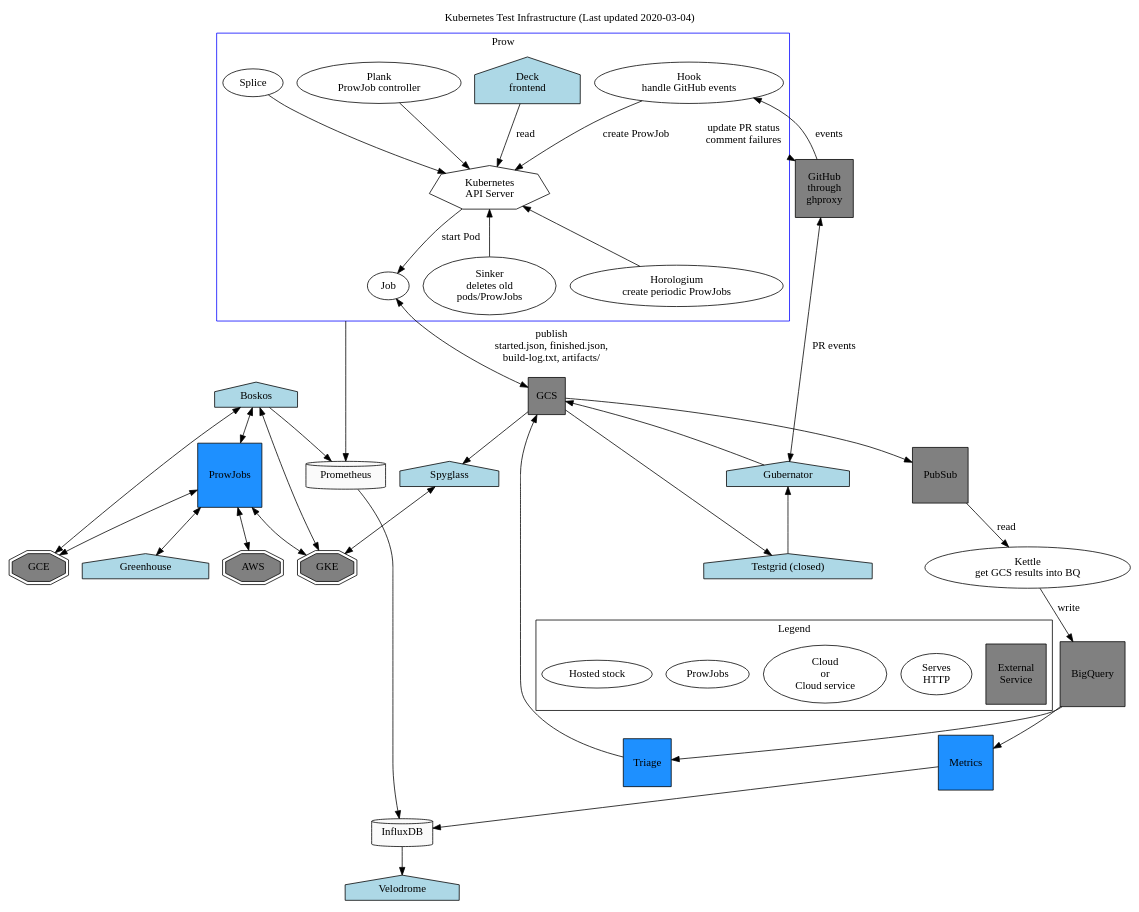
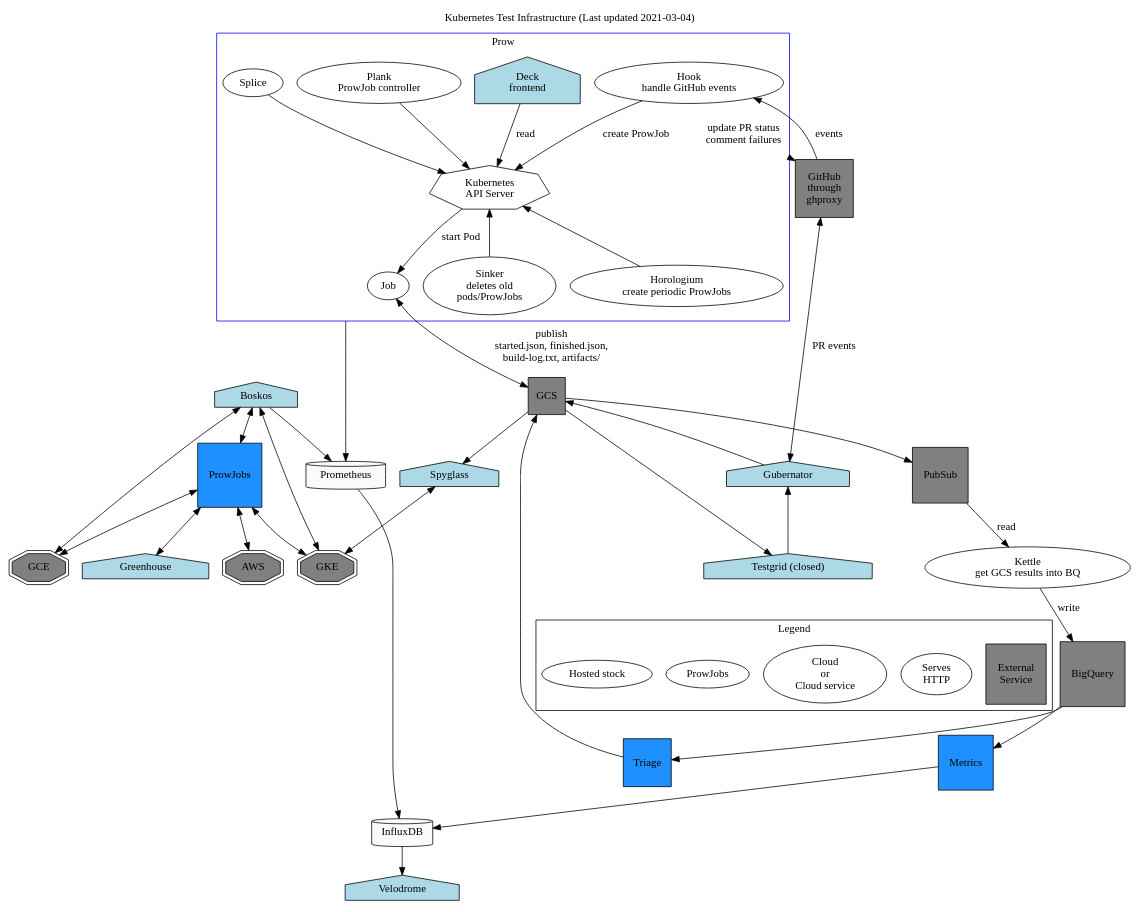
The diagram in docs/architecture.dot (kubernetes/test-infra), drawn with Graphviz before and after one commit.

Commit message:
Nit: correct the date of test-infra architecture to 2021

```diff
--- a/docs/architecture.dot
+++ b/docs/architecture.dot
@@ -1,98 +1,98 @@
 # Update SVG with this command:
 # dot architecture.dot -Tsvg -oarchitecture.svg
 
 digraph G {
-	label="Kubernetes Test Infrastructure (Last updated 2020-03-04)"  # UPDATE WHEN CHANGED!
+	label="Kubernetes Test Infrastructure (Last updated 2021-03-04)"  # UPDATE WHEN CHANGED!
     labelloc="t"
     graph[compound=true]
 
 	# external services
 	legend_ext, GCS, PubSub, "GitHub\nthrough\nghproxy", BigQuery [style=filled, fillcolor=gray, shape=square]
 
 	# things that host websites
 	legend_site Spyglass, Deck, "Testgrid (closed)", Gubernator, Velodrome, Boskos, Greenhouse [shape=house, fillcolor=lightblue, style=filled]
 
     legend_cloud GCE, GKE, AWS [shape=doubleoctagon, fillcolor=gray, style=filled]
 
     legend_prowjob Metrics, Triage, ProwJobs [shape=square, fillcolor=dodgerblue1, style=filled]
 
     legend_stock InfluxDB, Prometheus [shape=cylinder, fillcolor=gray98, style=filled]
 
 	# handy links!
 	Triage [href="https://go.k8s.io/triage"]
 	Gubernator [href="https://gubernator.k8s.io"]
 	"Testgrid (closed)" [href="https://testgrid.k8s.io"]
 	Deck [href="https://prow.k8s.io"]
 	BigQuery [href="https://bigquery.cloud.google.com/table/k8s-gubernator:build.week"]
 
 	subgraph cluster_Prow {
 		label="Prow"
 		color=blue
 		Hook [label="Hook\nhandle GitHub events"]
 		Deck [label="Deck\nfrontend"]
 		Plank [label="Plank\nProwJob controller"]
 		Sinker [label="Sinker\ndeletes old\npods/ProwJobs"]
 		Horologium [label="Horologium\ncreate periodic ProwJobs"]
 		Job
 		ApiServer [label="Kubernetes\nAPI Server" shape=septagon]
 	}
 
 	subgraph cluster_legend {
 		label="Legend"
 		rank=sink
 		legend_ext [label="External\nService"]
 		legend_site [label="Serves\nHTTP"]
 		legend_cloud [label="Cloud\nor\nCloud service"]
         legend_prowjob [label="ProwJobs"]
         legend_stock [label="Hosted stock"]
 	}
 
 	# CONNECTIONS START HERE:
 	# graphviz's dot rendering engine generally tries to lay things out
 	# top to bottom, following edges. dir="back" is an orientation hint
 	# to the layout engine, to try to keep hierarchy in a sensible order.
 	# hack to get legend near the bottom
 	"Testgrid (closed)" -> legend_ext [style="invis"]
 
 	Kettle [label="Kettle\nget GCS results into BQ"]
 
 	"GitHub\nthrough\nghproxy" -> Gubernator [label="PR events", dir="both"]
 	"GitHub\nthrough\nghproxy" -> Hook [label="events"]
 	GCS -> Gubernator [dir="back"]
 	Gubernator -> "Testgrid (closed)" [dir="back"]
 	Job -> GCS [label="publish\nstarted.json, finished.json,\nbuild-log.txt, artifacts/", dir="both"]
 
 	Plank -> "GitHub\nthrough\nghproxy" [label="update PR status\ncomment failures", ltail="cluster_Prow"]
 
 	subgraph cluster_Prow {
 		Plank -> ApiServer
 		Splice -> ApiServer
 		Deck -> ApiServer [label="read"]
 		Hook -> ApiServer [label="create ProwJob"]
 		ApiServer -> Job [label="start Pod"]
 		ApiServer -> Sinker [dir="back"]
 		ApiServer -> Horologium [dir="back"]
 	}
 
 	GCS -> PubSub
 	PubSub -> Kettle [label="read"]
 	Kettle -> BigQuery [label="write"]
     BigQuery -> Triage
     BigQuery -> Metrics
 	GCS -> Triage [dir="back"]
 	GCS -> "Testgrid (closed)"
     GCS -> Spyglass
     Spyglass -> GKE [dir="both"]
     Metrics -> InfluxDB
     Prometheus -> InfluxDB
     InfluxDB -> Velodrome
     Plank -> Prometheus [ltail="cluster_Prow"]
     Boskos -> Prometheus
     Boskos -> ProwJobs [dir="both"]
     Boskos -> GCE [dir="both"]
     Boskos -> GKE [dir="both"]
     ProwJobs -> AWS [dir="both"]
     ProwJobs -> GKE [dir="both"]
     ProwJobs -> GCE [dir="both"]
     ProwJobs -> Greenhouse [dir="both"]
 }
```
